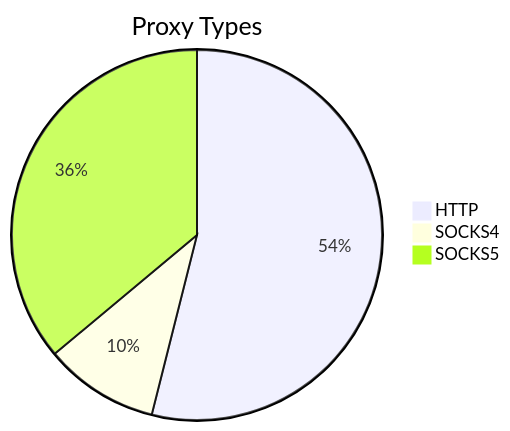
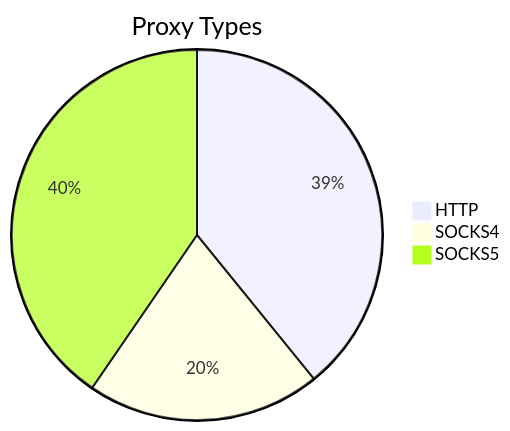
Before and after one commit to stormsia/proxy-list: the first of 2 diagrams in README.md, drawn with Mermaid. The commit also changed other lines of this file, not shown here.

````diff
--- a/README.md
+++ b/README.md
@@ -21,6 +21,6 @@
 ```mermaid
 pie title Proxy Types
-    "HTTP" : 151
-    "SOCKS4" : 28
-    "SOCKS5" : 101
+    "HTTP" : 182
+    "SOCKS4" : 95
+    "SOCKS5" : 188
 ```
````
